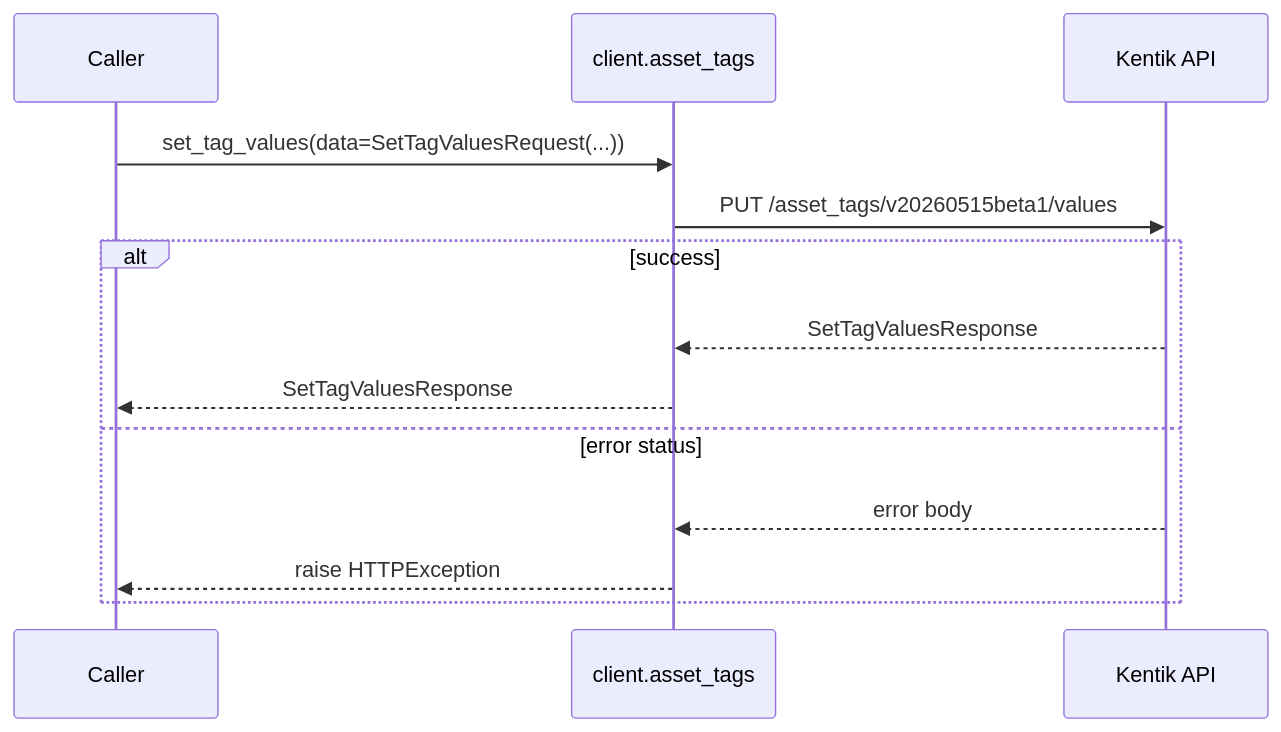
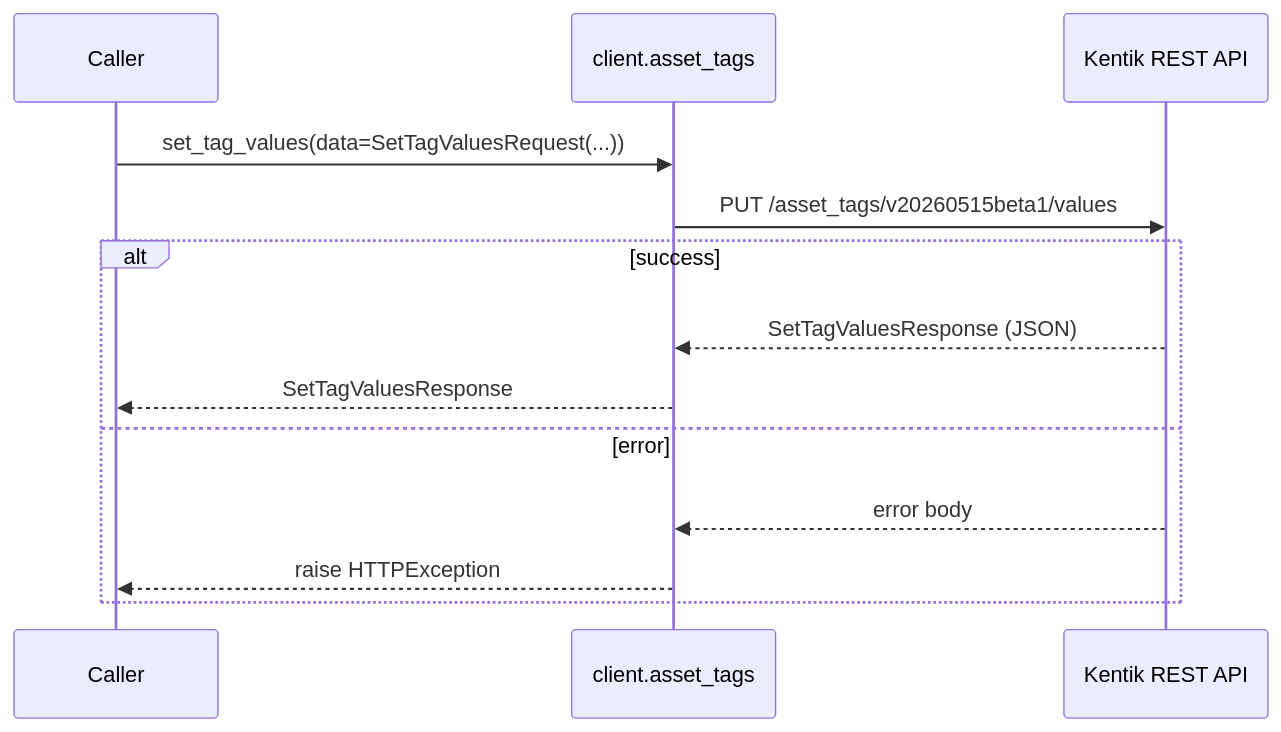
Diagram 16 of 20 in docs/sphinx/services/asset_tags.md (alexdearaujo/community_sdk_python), drawn with Mermaid before and after one commit. The commit also changed other lines of this file and 61 other files, not shown here.

````diff
--- a/docs/sphinx/services/asset_tags.md
+++ b/docs/sphinx/services/asset_tags.md
@@ -381,16 +558,16 @@
 ```mermaid
 sequenceDiagram
     participant C as Caller
     participant W as client.asset_tags
-    participant API as Kentik API
+    participant API as Kentik REST API
 
     C->>W: set_tag_values(data=SetTagValuesRequest(...))
     W->>API: PUT /asset_tags/v20260515beta1/values
     alt success
-        API-->>W: SetTagValuesResponse
+        API-->>W: SetTagValuesResponse (JSON)
         W-->>C: SetTagValuesResponse
-    else error status
+    else error
         API-->>W: error body
         W-->>C: raise HTTPException
     end
 ```
````
